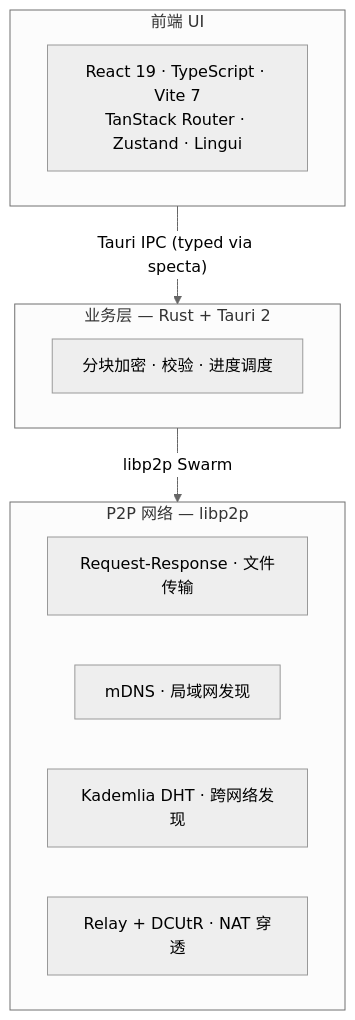
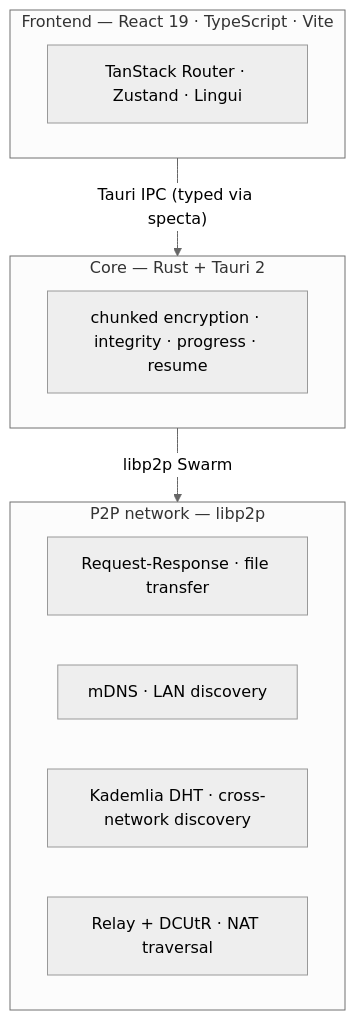
The diagram in README.md (swarm-apps/SwarmDrop), drawn with Mermaid (neutral theme) before and after one commit. The commit also changed other lines of this file and 2 other files, not shown here.

````diff
--- a/README.md
+++ b/README.md
@@ -84,17 +130,17 @@
 ```mermaid
 graph TB
-    subgraph Frontend["前端 UI"]
-        A["React 19 · TypeScript · Vite 7<br/>TanStack Router · Zustand · Lingui"]
+    subgraph Frontend["Frontend — React 19 · TypeScript · Vite"]
+        A["TanStack Router · Zustand · Lingui"]
     end
-    subgraph Backend["业务层 — Rust + Tauri 2"]
-        B["分块加密 · 校验 · 进度调度"]
+    subgraph Backend["Core — Rust + Tauri 2"]
+        B["chunked encryption · integrity · progress · resume"]
     end
-    subgraph P2P["P2P 网络 — libp2p"]
-        C["Request-Response · 文件传输"]
-        D["mDNS · 局域网发现"]
-        E["Kademlia DHT · 跨网络发现"]
-        F["Relay + DCUtR · NAT 穿透"]
+    subgraph P2P["P2P network — libp2p"]
+        C["Request-Response · file transfer"]
+        D["mDNS · LAN discovery"]
+        E["Kademlia DHT · cross-network discovery"]
+        F["Relay + DCUtR · NAT traversal"]
     end
     Frontend -- "Tauri IPC (typed via specta)" --> Backend
     Backend -- "libp2p Swarm" --> P2P
 ```
````
